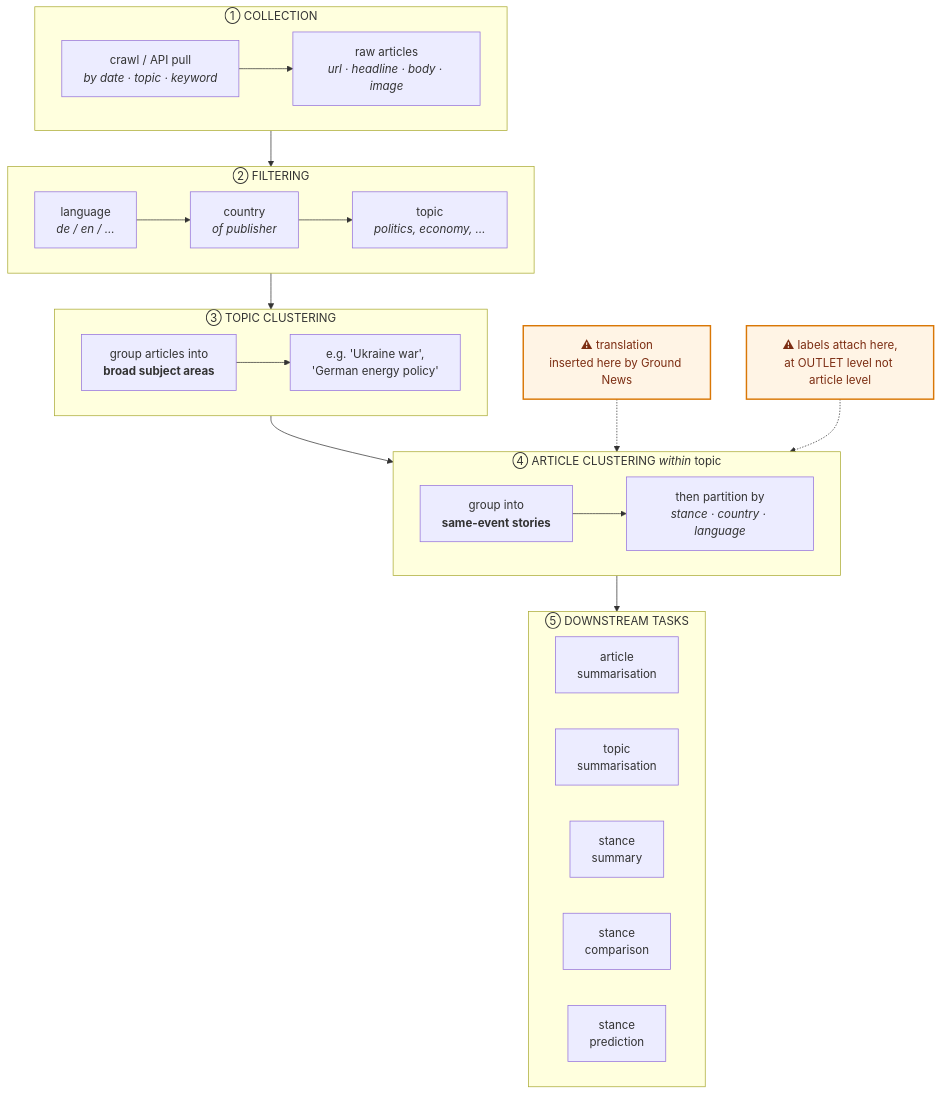
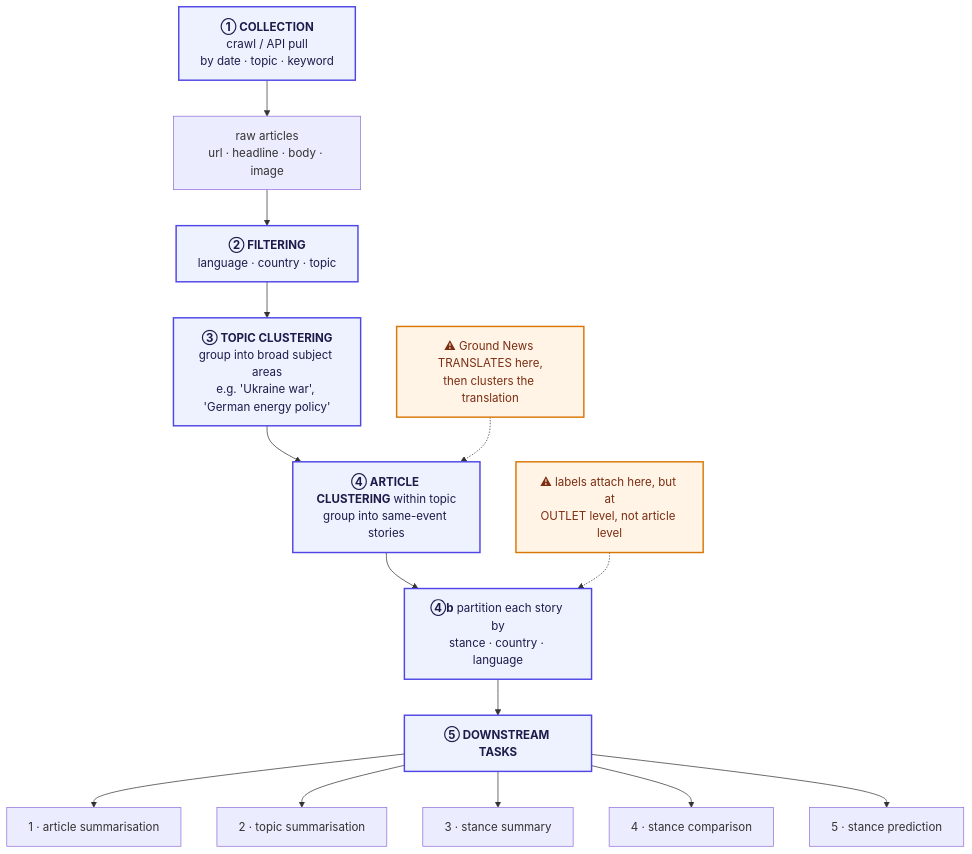
One commit to ahmad-36/german-news changed the diagram in docs/pipeline.md. Above: the diagram before and after it, drawn with Mermaid.

Commit message:
Simplify pipeline diagram to conservative Mermaid syntax

````diff
--- a/docs/pipeline.md
+++ b/docs/pipeline.md
@@ -11,38 +11,33 @@
 ```mermaid
 flowchart TB
-    subgraph S1["① COLLECTION"]
-        direction LR
-        A1["crawl / API pull<br/><i>by date · topic · keyword</i>"] --> A2["raw articles<br/><i>url · headline · body · image</i>"]
-    end
+    A1["<b>① COLLECTION</b><br/>crawl / API pull<br/>by date · topic · keyword"]
+    A2["raw articles<br/>url · headline · body · image"]
+    B1["<b>② FILTERING</b><br/>language · country · topic"]
+    C1["<b>③ TOPIC CLUSTERING</b><br/>group into broad subject areas<br/>e.g. 'Ukraine war', 'German energy policy'"]
+    D1["<b>④ ARTICLE CLUSTERING</b> within topic<br/>group into same-event stories"]
+    D2["<b>④b</b> partition each story by<br/>stance · country · language"]
+    E0["<b>⑤ DOWNSTREAM TASKS</b>"]
+    E1["1 · article summarisation"]
+    E2["2 · topic summarisation"]
+    E3["3 · stance summary"]
+    E4["4 · stance comparison"]
+    E5["5 · stance prediction"]
 
-    subgraph S2["② FILTERING"]
-        direction LR
-        B1["language<br/><i>de / en / …</i>"] --> B2["country<br/><i>of publisher</i>"] --> B3["topic<br/><i>politics, economy, …</i>"]
-    end
+    X1["⚠ Ground News TRANSLATES here,<br/>then clusters the translation"]
+    X2["⚠ labels attach here, but at<br/>OUTLET level, not article level"]
 
-    subgraph S3["③ TOPIC CLUSTERING"]
-        direction LR
-        C1["group articles into<br/><b>broad subject areas</b>"] --> C2["e.g. 'Ukraine war',<br/>'German energy policy'"]
-    end
+    A1 --> A2 --> B1 --> C1 --> D1 --> D2 --> E0
+    E0 --> E1
+    E0 --> E2
+    E0 --> E3
+    E0 --> E4
+    E0 --> E5
 
-    subgraph S4["④ ARTICLE CLUSTERING <i>within</i> topic"]
-        direction LR
-        D1["group into<br/><b>same-event stories</b>"] --> D2["then partition by<br/><i>stance · country · language</i>"]
-    end
+    X1 -.-> D1
+    X2 -.-> D2
 
-    subgraph S5["⑤ DOWNSTREAM TASKS"]
-        direction LR
-        E1["article<br/>summarisation"]
-        E2["topic<br/>summarisation"]
-        E3["stance<br/>summary"]
-        E4["stance<br/>comparison"]
-        E5["stance<br/>prediction"]
-    end
-
-    S1 --> S2 --> S3 --> S4 --> S5
-
-    X1["⚠ translation<br/>inserted here by Ground News"]:::warn -.-> S4
-    X2["⚠ labels attach here,<br/>at OUTLET level not article level"]:::warn -.-> S4
-
-    classDef warn fill:#fff4e5,stroke:#d97706,color:#7c2d12,stroke-width:2px;
+    classDef warn fill:#fff4e5,stroke:#d97706,color:#7c2d12,stroke-width:2px
+    classDef stage fill:#eef2ff,stroke:#4f46e5,color:#1e1b4b,stroke-width:2px
+    class X1,X2 warn
+    class A1,B1,C1,D1,D2,E0 stage
 ```
````
